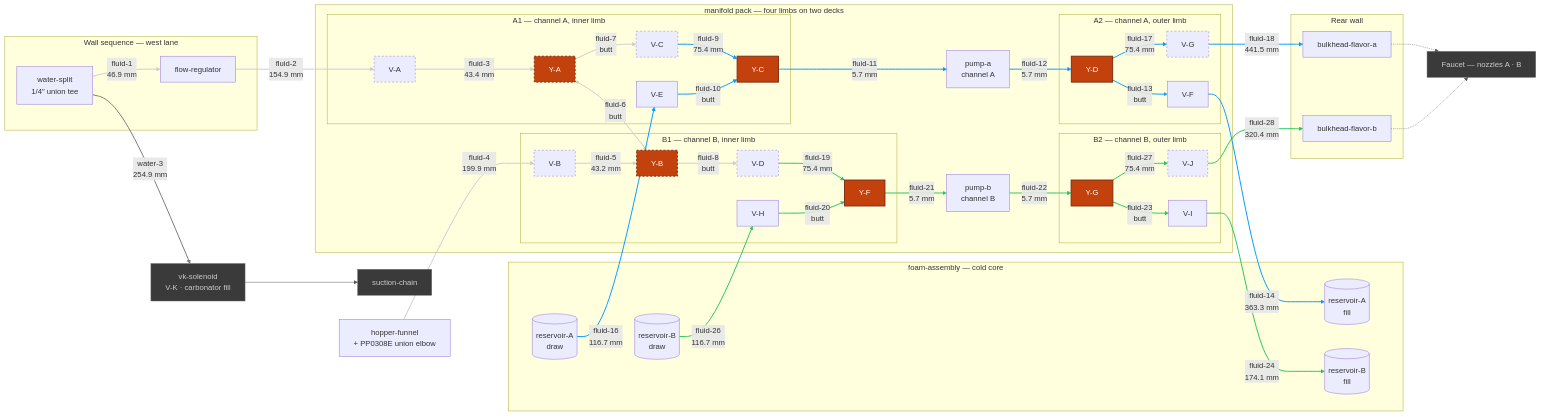
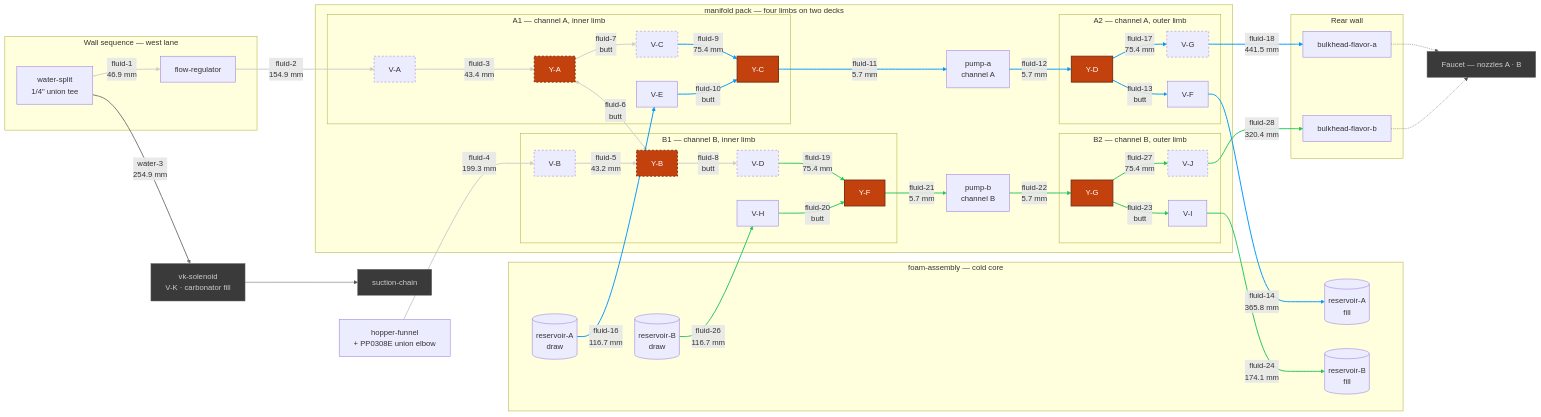
One commit to derekbreden/homesodamachine changed the diagram in hardware/topology/fluid-topology-manifold.mmd. Above: the diagram before and after it, drawn with Mermaid.

Commit message:
the hopper drain and reservoir A's fill carry the lengths the pack measures
`fluid-4` reads 199.3 mm and `fluid-14` reads 365.8 mm, off
`enclosure-assembly.facts.json`, which is what `_fluid_topology_sync.py`
writes and what the built runs are.

The genrule runs the driver in WRITE mode, so bazel corrects these in its
own sandbox and stays green while the tree — and the site — hold the old
figures. `bazel-bin/out/fluid-topology-sync/` had both right; nothing
carried them back.

```diff
--- a/hardware/topology/fluid-topology-manifold.mmd
+++ b/hardware/topology/fluid-topology-manifold.mmd
@@ -121,7 +121,7 @@
   Split -->|"fluid-1<br/>46.9 mm"| FlowReg
   FlowReg -->|"fluid-2<br/>154.9 mm"| VA
   VA -->|"fluid-3<br/>43.4 mm"| YA
-  Hopper -->|"fluid-4<br/>199.9 mm"| VB
+  Hopper -->|"fluid-4<br/>199.3 mm"| VB
   VB -->|"fluid-5<br/>43.2 mm"| YB
   YA <-->|"fluid-6<br/>butt"| YB
   YA -->|"fluid-7<br/>butt"| VC
@@ -139,7 +139,7 @@
   YC -->|"fluid-11<br/>5.7 mm"| PA
   PA -->|"fluid-12<br/>5.7 mm"| YD
   YD -->|"fluid-13<br/>butt"| VF
-  VF -->|"fluid-14<br/>363.3 mm"| ResAFill
+  VF -->|"fluid-14<br/>365.8 mm"| ResAFill
   ResA -->|"fluid-16<br/>116.7 mm"| VE
   YD -->|"fluid-17<br/>75.4 mm"| VG
   VG -->|"fluid-18<br/>441.5 mm"| BhA
```
